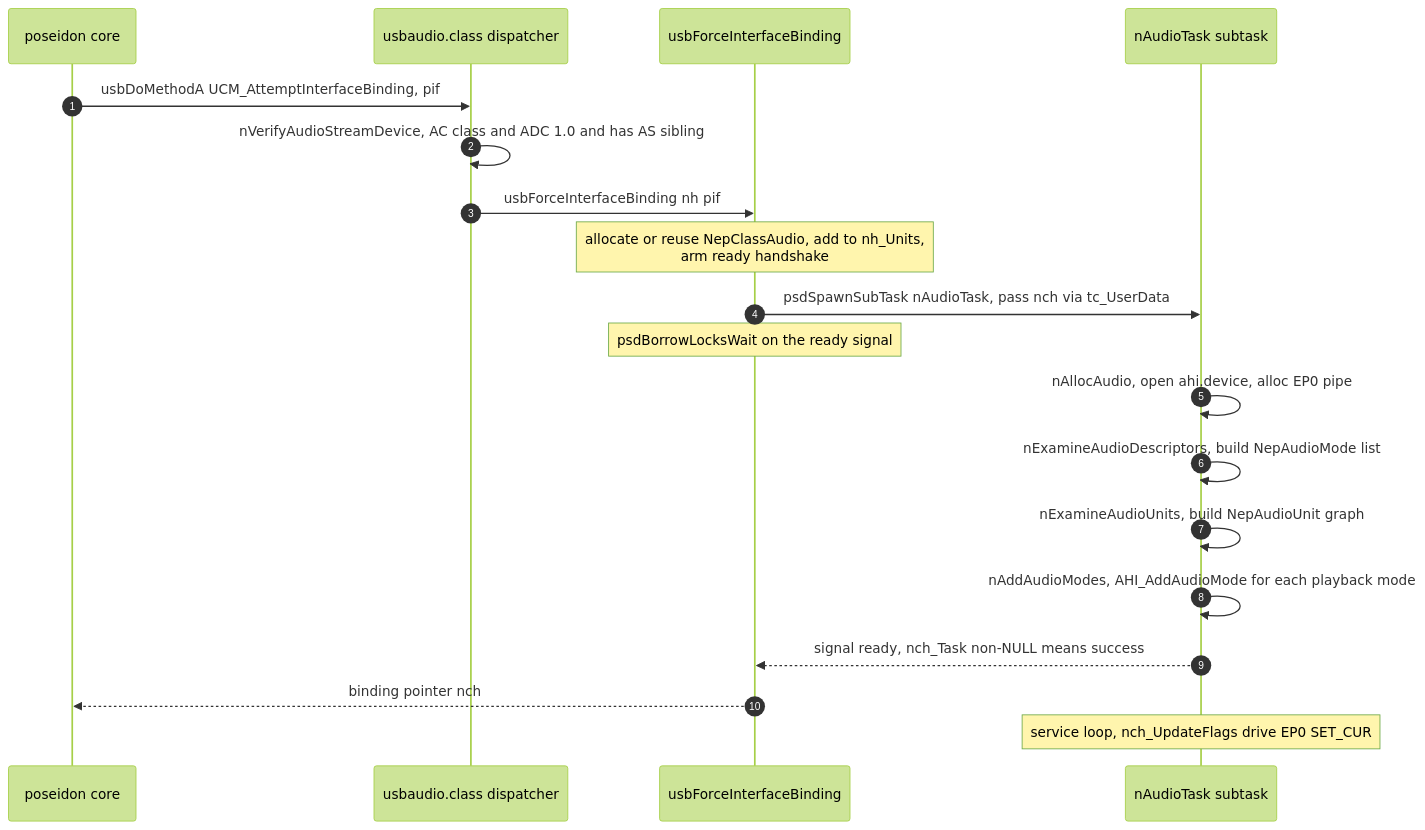
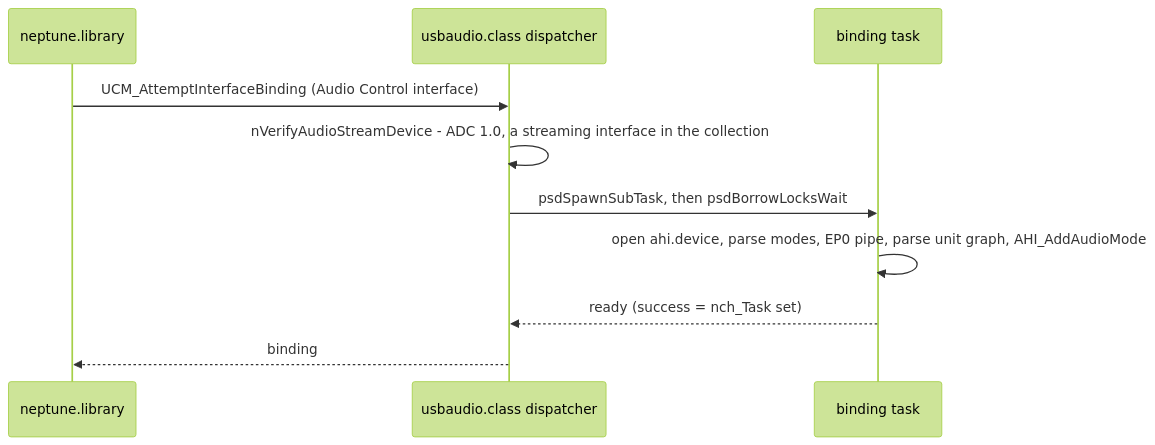
One commit to pcotter72/neptune-usb-stack changed the second of 4 diagrams in docs/usbaudio.class-architecture.md. Above: the diagram before and after it, drawn with Mermaid (forest theme). The commit also changed other lines of this file and 18 other files, not shown here.

````diff
--- a/docs/usbaudio.class-architecture.md
+++ b/docs/usbaudio.class-architecture.md
@@ -195,22 +125,13 @@
 ```mermaid
 sequenceDiagram
-    autonumber
-    participant PS as poseidon core
-    participant CLS as usbaudio.class dispatcher
-    participant FB as usbForceInterfaceBinding
-    participant T as nAudioTask subtask
+    participant CORE as neptune.library
+    participant DISP as usbaudio.class dispatcher
+    participant T as binding task
 
-    PS->>CLS: usbDoMethodA UCM_AttemptInterfaceBinding, pif
-    CLS->>CLS: nVerifyAudioStreamDevice, AC class and ADC 1.0 and has AS sibling
-    CLS->>FB: usbForceInterfaceBinding nh pif
-    note over FB: allocate or reuse NepClassAudio, add to nh_Units,<br/>arm ready handshake
-    FB->>T: psdSpawnSubTask nAudioTask, pass nch via tc_UserData
-    note over FB: psdBorrowLocksWait on the ready signal
-    T->>T: nAllocAudio, open ahi.device, alloc EP0 pipe
-    T->>T: nExamineAudioDescriptors, build NepAudioMode list
-    T->>T: nExamineAudioUnits, build NepAudioUnit graph
-    T->>T: nAddAudioModes, AHI_AddAudioMode for each playback mode
-    T-->>FB: signal ready, nch_Task non-NULL means success
-    FB-->>PS: binding pointer nch
-    note over T: service loop, nch_UpdateFlags drive EP0 SET_CUR
+    CORE->>DISP: UCM_AttemptInterfaceBinding (Audio Control interface)
+    DISP->>DISP: nVerifyAudioStreamDevice - ADC 1.0, a streaming interface in the collection
+    DISP->>T: psdSpawnSubTask, then psdBorrowLocksWait
+    T->>T: open ahi.device, parse modes, EP0 pipe, parse unit graph, AHI_AddAudioMode
+    T-->>DISP: ready (success = nch_Task set)
+    DISP-->>CORE: binding
 ```
````
